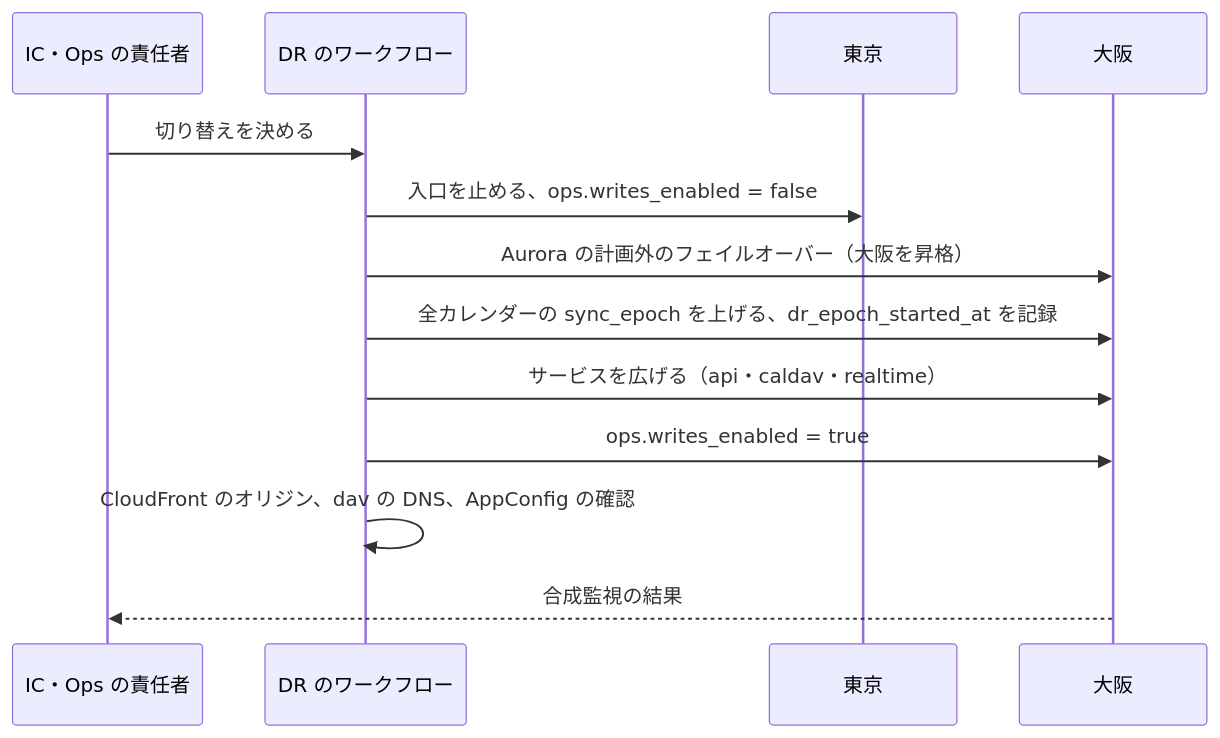
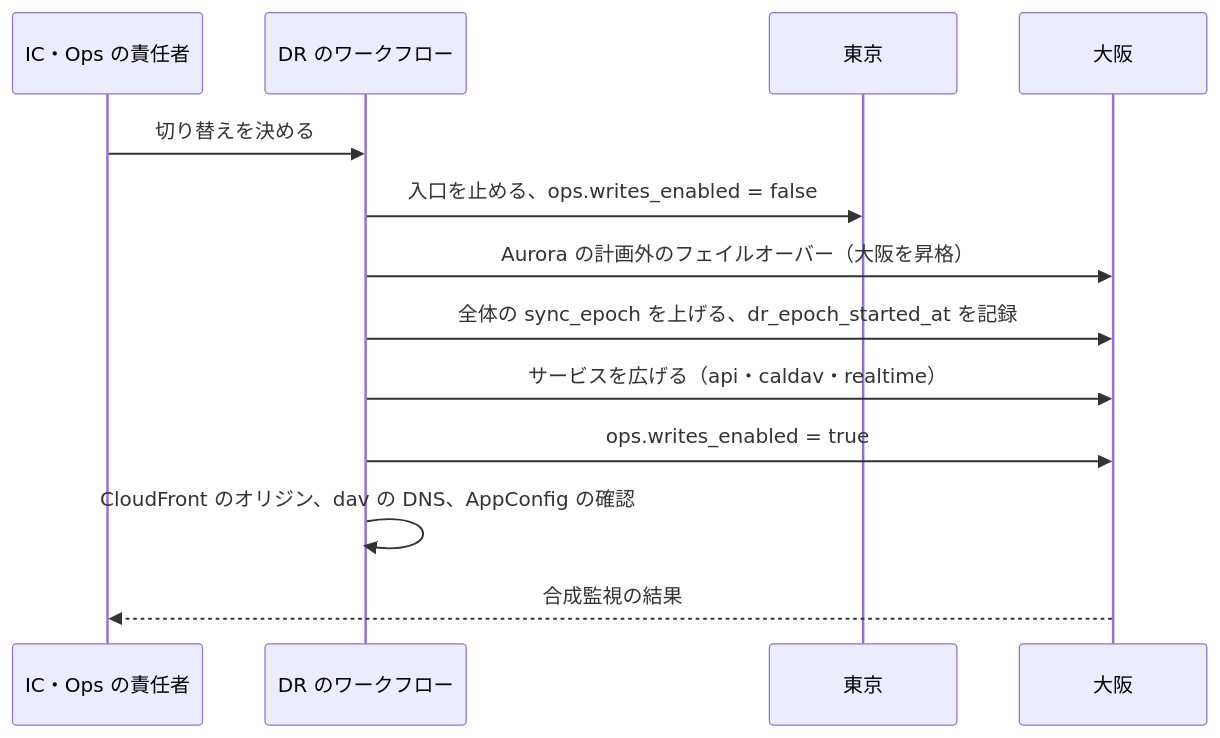
The second of 2 diagrams in systems/google-calendar/docs/architecture/infrastructure.md (shoito/rebuilds), drawn with Mermaid before and after one commit. The commit also changed other lines of this file and 29 other files, not shown here.

Commit message:
Google Calendar: complete data model with ER diagrams; decide cross-tenant paths X10-X11

````diff
--- a/systems/google-calendar/docs/architecture/infrastructure.md
+++ b/systems/google-calendar/docs/architecture/infrastructure.md
@@ -178,15 +179,15 @@
 ```mermaid
 sequenceDiagram
   participant IC as IC・Ops の責任者
   participant WF as DR のワークフロー
   participant TK as 東京
   participant OS as 大阪
   IC->>WF: 切り替えを決める
   WF->>TK: 入口を止める、ops.writes_enabled = false
   WF->>OS: Aurora の計画外のフェイルオーバー（大阪を昇格）
-  WF->>OS: 全カレンダーの sync_epoch を上げる、dr_epoch_started_at を記録
+  WF->>OS: 全体の sync_epoch を上げる、dr_epoch_started_at を記録
   WF->>OS: サービスを広げる（api・caldav・realtime）
   WF->>OS: ops.writes_enabled = true
   WF->>WF: CloudFront のオリジン、dav の DNS、AppConfig の確認
   OS-->>IC: 合成監視の結果
 ```
````
